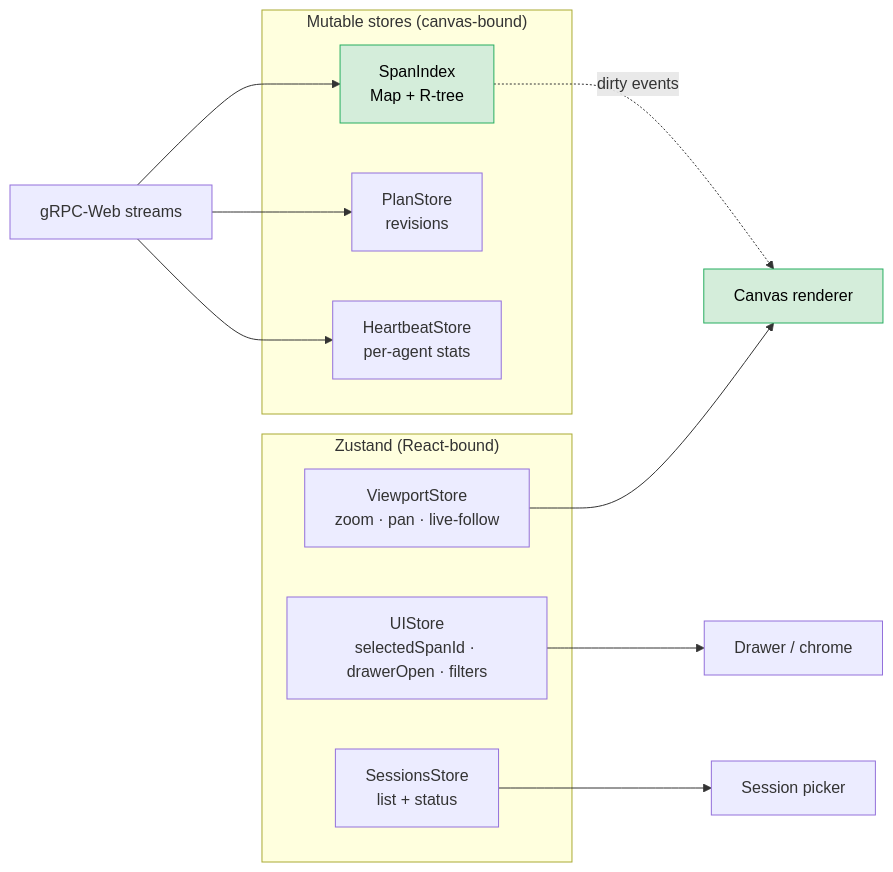
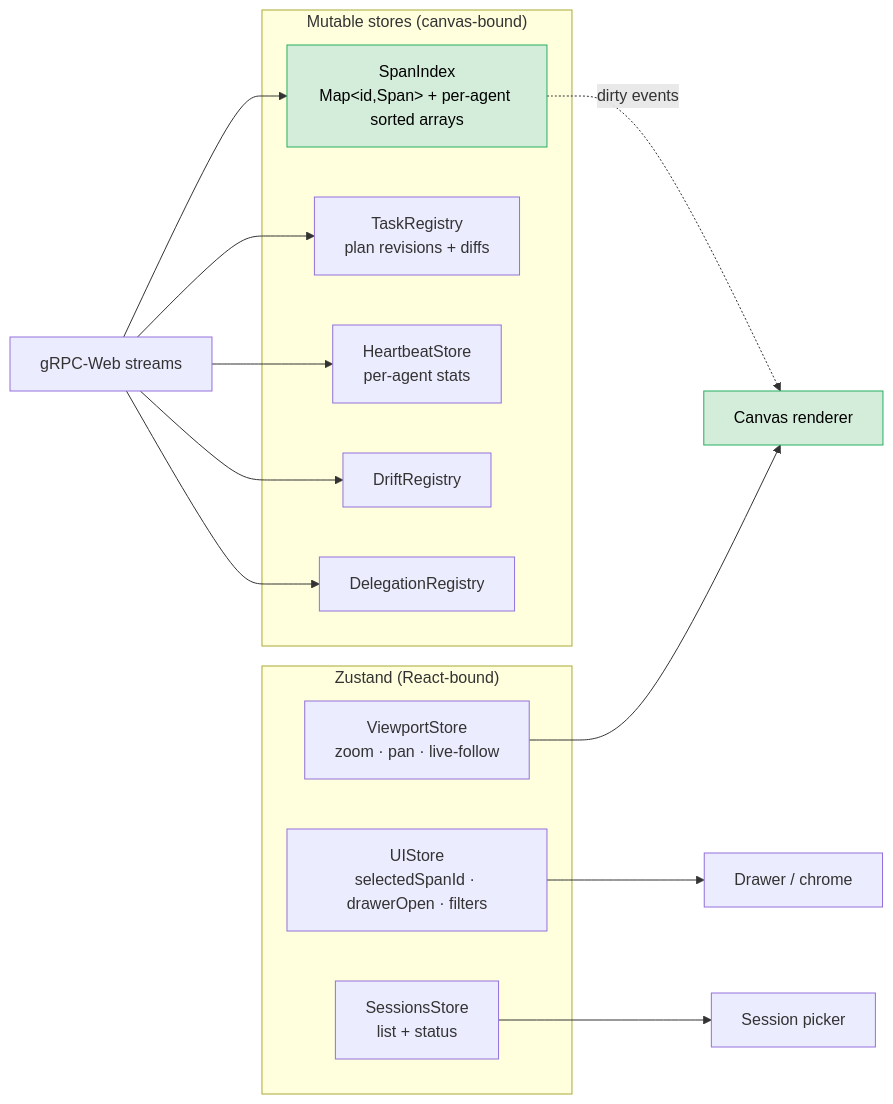
Before and after one commit to pedapudi/harmonograf: the second of 5 diagrams in docs/design/10-frontend-architecture.md, drawn with Mermaid. The commit also changed other lines of this file and 22 other files, not shown here.

First line of the commit message:
docs(design,protocol,adr,internals): refresh for current architecture

````diff
--- a/docs/design/10-frontend-architecture.md
+++ b/docs/design/10-frontend-architecture.md
@@ -44,23 +64,27 @@
 ```mermaid
 flowchart LR
     subgraph Z["Zustand (React-bound)"]
       UI[UIStore<br/>selectedSpanId · drawerOpen · filters]
       VP[ViewportStore<br/>zoom · pan · live-follow]
       Sess[SessionsStore<br/>list + status]
     end
     subgraph Mut["Mutable stores (canvas-bound)"]
-      Idx[SpanIndex<br/>Map<id,Span> + R-tree]
-      Plans[PlanStore<br/>revisions]
+      Idx[SpanIndex<br/>Map&lt;id,Span&gt; + per-agent sorted arrays]
+      Plans[TaskRegistry<br/>plan revisions + diffs]
       Hb[HeartbeatStore<br/>per-agent stats]
+      Dr[DriftRegistry]
+      Dg[DelegationRegistry]
     end
     Wire[gRPC-Web streams] --> Idx
     Wire --> Plans
     Wire --> Hb
+    Wire --> Dr
+    Wire --> Dg
     Idx -. dirty events .-> Render[Canvas renderer]
     UI --> Drawer[Drawer / chrome]
     VP --> Render
     Sess --> Picker[Session picker]
 
     classDef good fill:#d4edda,stroke:#27ae60,color:#000
     class Idx,Render good
 ```
````
